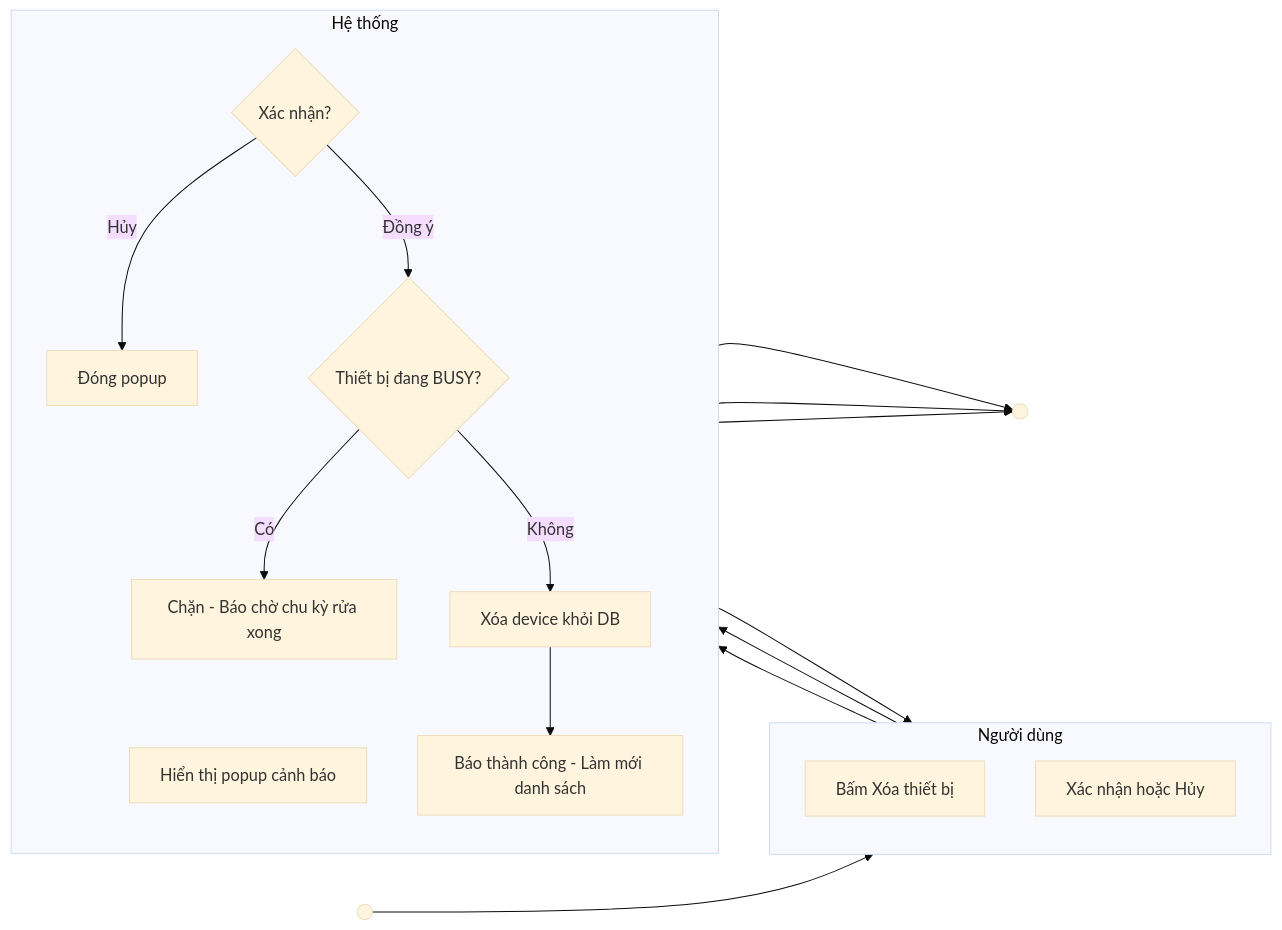
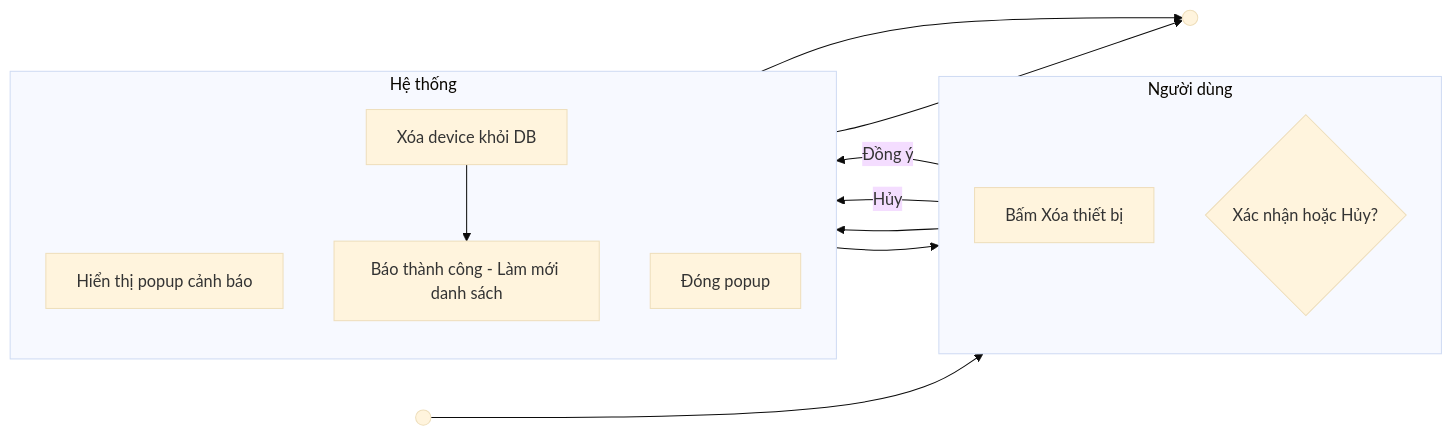
Diagram 14 of 18 in documents/activity-diagrams.md (ngogiaquyen/acw-srs), drawn with Mermaid (base theme) before and after one commit. The commit also changed other lines of this file and 23 other files, not shown here.

````diff
--- a/documents/activity-diagrams.md
+++ b/documents/activity-diagrams.md
@@ -330,23 +340,18 @@
 ```mermaid
 flowchart LR
   subgraph ND["Người dùng"]
     direction TB
-    a1[Bấm Xóa thiết bị]
-    a2[Xác nhận hoặc Hủy]
+    a1["Bấm Xóa thiết bị"]
+    a2{"Xác nhận hoặc Hủy?"}
   end
   subgraph HT["Hệ thống"]
     direction TB
-    b1[Hiển thị popup cảnh báo]
-    b2{Xác nhận?}
-    b3[Đóng popup]
-    b4{Thiết bị đang BUSY?}
-    b5[Chặn - Báo chờ chu kỳ rửa xong]
-    b6[Xóa device khỏi DB]
-    b7[Báo thành công - Làm mới danh sách]
+    b1["Hiển thị popup cảnh báo"]
+    b2["Đóng popup"]
+    b3["Xóa device khỏi DB"]
+    b4["Báo thành công - Làm mới danh sách"]
   end
-  S(( )) --> a1 --> b1 --> a2 --> b2
-  b2 -->|Hủy| b3 --> E(( ))
-  b2 -->|Đồng ý| b4
-  b4 -->|Có| b5 --> E
-  b4 -->|Không| b6 --> b7 --> E
+  S(( )) --> a1 --> b1 --> a2
+  a2 -->|Hủy| b2 --> E(( ))
+  a2 -->|Đồng ý| b3 --> b4 --> E
 ```
````
